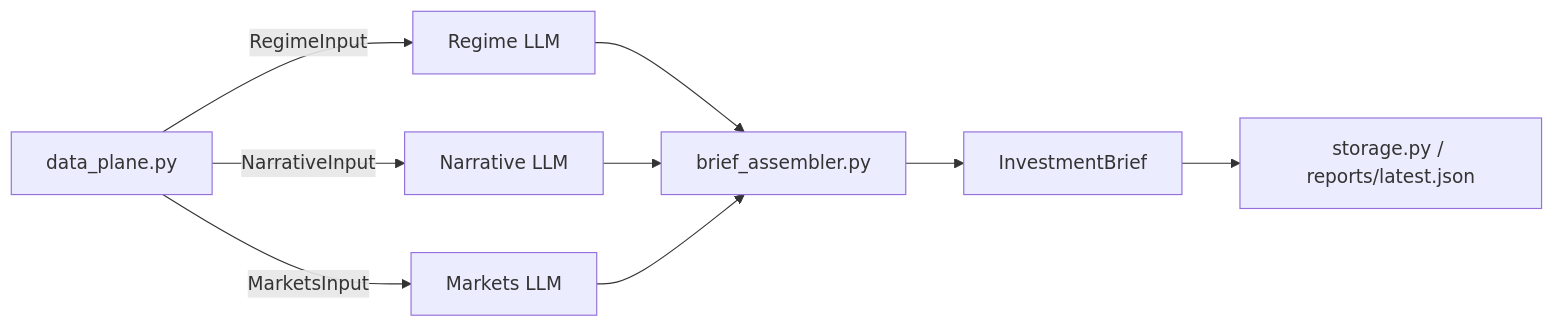
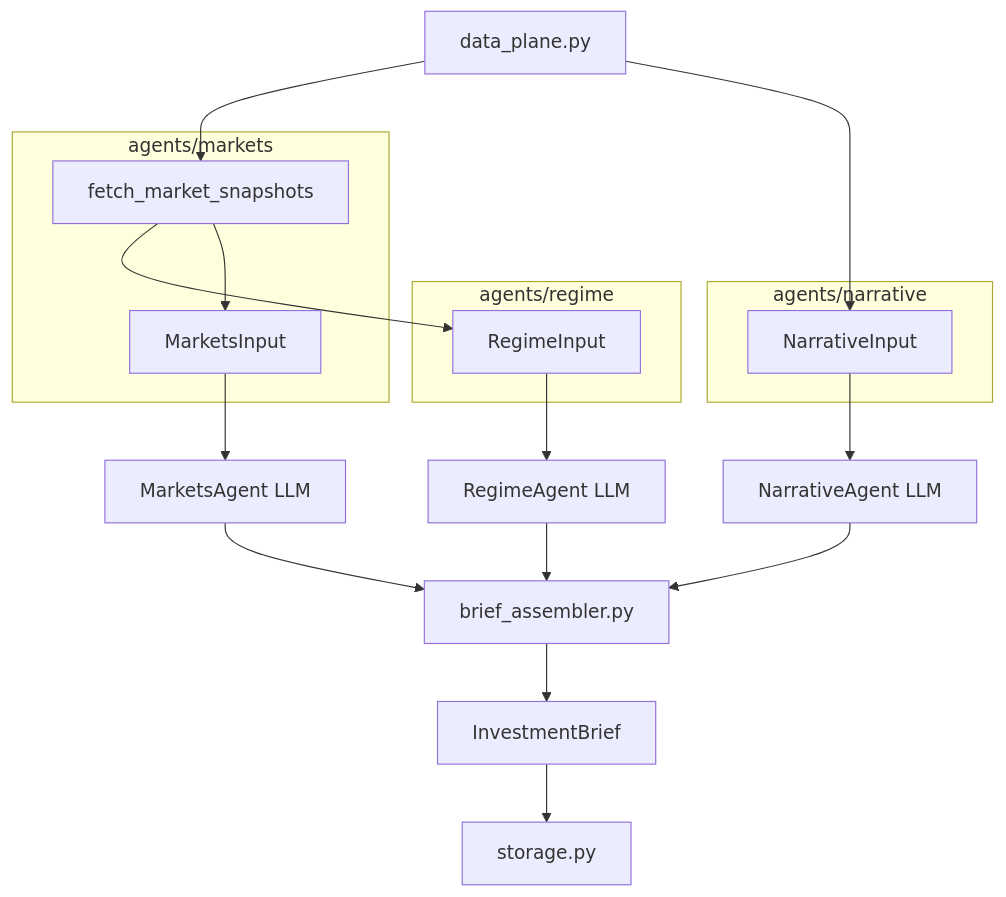
Before and after one commit to wanmingz/investment_agent: the diagram in README.md, drawn with Mermaid. The commit also changed other lines of this file and 23 other files, not shown here.

````diff
--- a/README.md
+++ b/README.md
@@ -93,15 +93,30 @@
 ```mermaid
-flowchart LR
+flowchart TB
     DP[data_plane.py]
-    R[Regime LLM]
-    N[Narrative LLM]
-    M[Markets LLM]
-    A[brief_assembler.py]
 
-    DP -->|RegimeInput| R
-    DP -->|NarrativeInput| N
-    DP -->|MarketsInput| M
-    R & N & M --> A
+    subgraph markets_pkg [agents/markets]
+        MF[fetch_market_snapshots]
+        MI[MarketsInput]
+    end
+
+    subgraph regime_pkg [agents/regime]
+        RI[RegimeInput]
+    end
+
+    subgraph narrative_pkg [agents/narrative]
+        NI[NarrativeInput]
+    end
+
+  MF --> RI
+    MF --> MI
+    DP --> MF
+    DP --> NI
+
+    RI --> RA[RegimeAgent LLM]
+    NI --> NA[NarrativeAgent LLM]
+    MI --> MA[MarketsAgent LLM]
+
+    RA & NA & MA --> A[brief_assembler.py]
     A --> B[InvestmentBrief]
-    B --> S[storage.py / reports/latest.json]
+    B --> S[storage.py]
 ```
````
